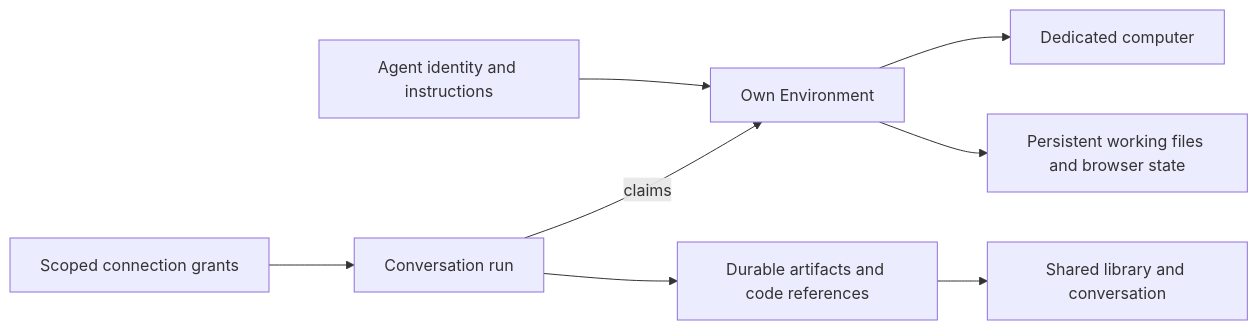
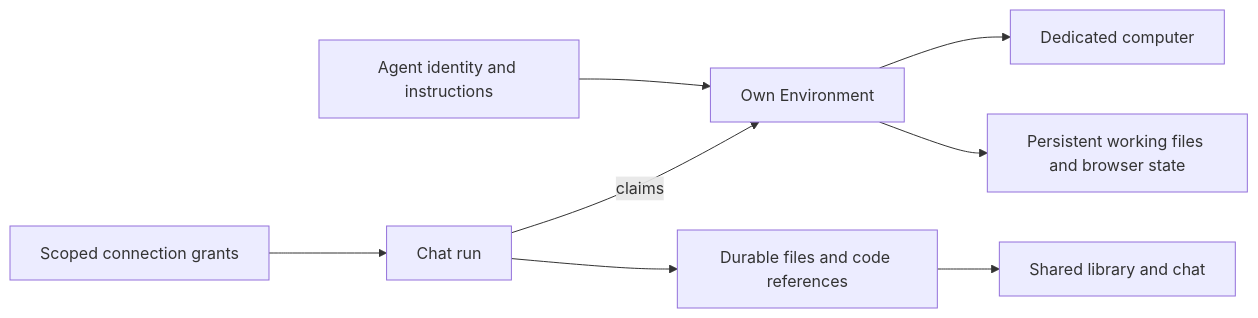
One commit to hellogafaro/otto changed the fourth of 10 diagrams in docs/otto/plan.md. Above: the diagram before and after it, drawn with Mermaid. The commit also changed other lines of this file and 174 other files, not shown here.

````diff
--- a/docs/otto/plan.md
+++ b/docs/otto/plan.md
@@ -136,10 +138,10 @@
 ```mermaid
 flowchart LR
   A[Agent identity and instructions] --> E[Own Environment]
   E --> C[Dedicated computer]
   E --> W[Persistent working files and browser state]
-  R[Conversation run] -->|claims| E
+  R[Chat run] -->|claims| E
   G[Scoped connection grants] --> R
-  R --> F[Durable artifacts and code references]
-  F --> L[Shared library and conversation]
+  R --> F[Durable files and code references]
+  F --> L[Shared library and chat]
 ```
````
